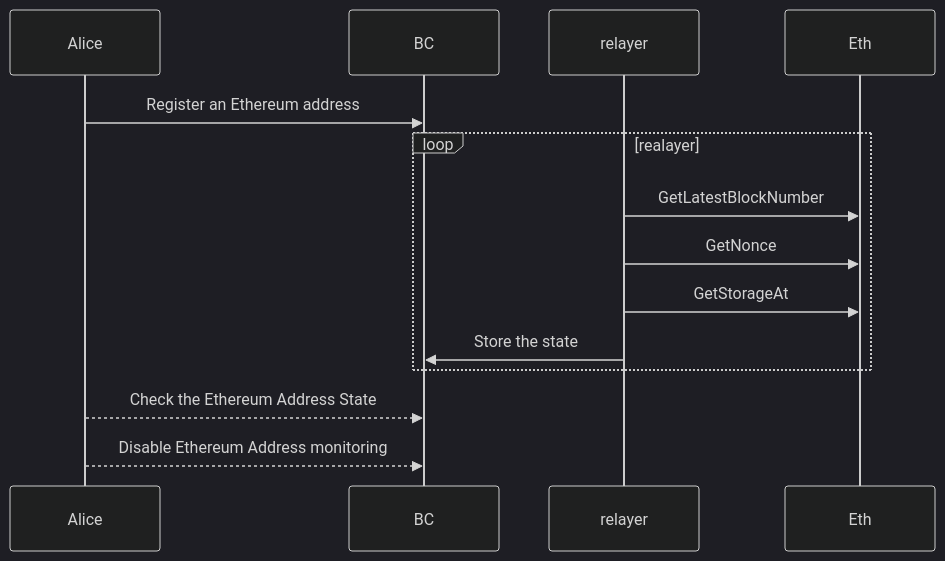
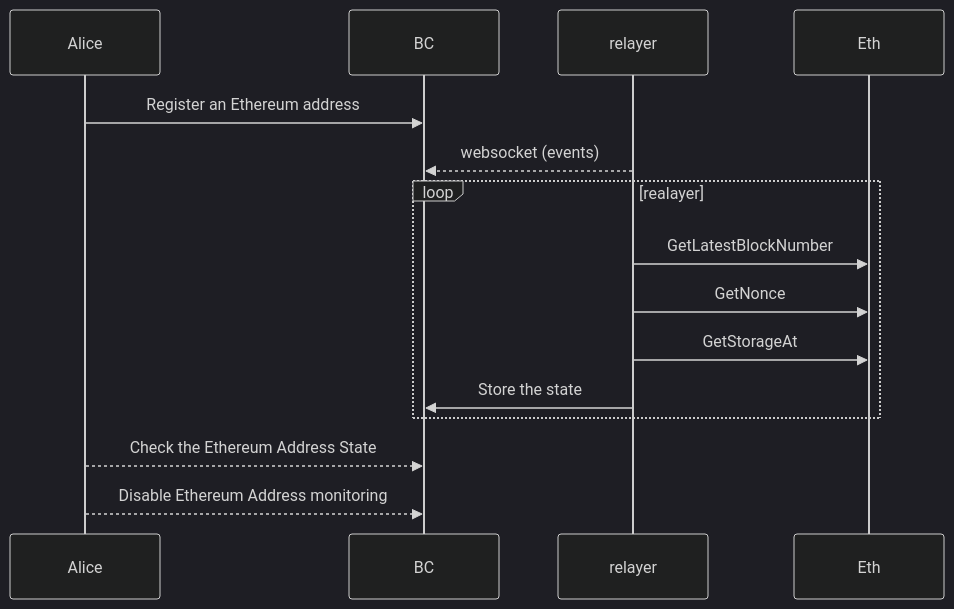
One commit to Neoll-Labs/o3n1 changed the second of 2 diagrams in README.md. Above: the diagram before and after it, drawn with Mermaid (dark theme). The commit also changed other lines of this file, not shown here.

````diff
--- a/README.md
+++ b/README.md
@@ -51,12 +52,14 @@
 ```mermaid
 sequenceDiagram
 Alice->>BC: Register an Ethereum address
+relayer-->>BC: websocket (events)
 loop realayer
     relayer->>Eth: GetLatestBlockNumber
     relayer->>Eth: GetNonce
     relayer->>Eth: GetStorageAt
     relayer->>BC: Store the state
 end
 Alice-->>BC: Check the Ethereum Address State
 Alice-->>BC: Disable Ethereum Address monitoring
+
 ```
````
